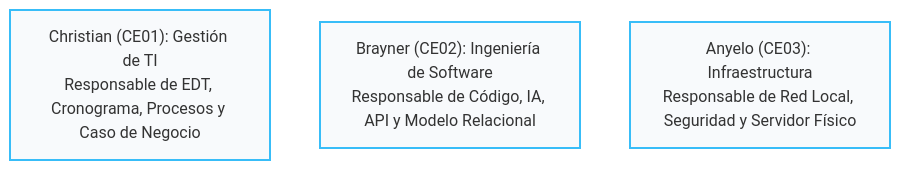
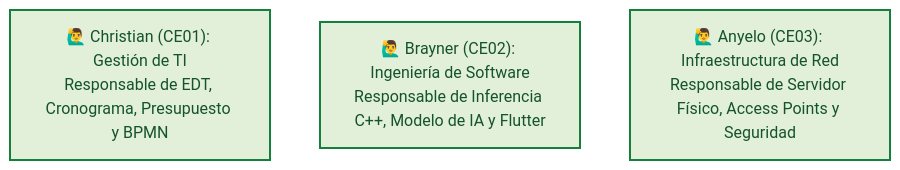
One commit to jhanslarico11/Perfil-de-Egreso changed the fourth of 5 diagrams in docs/ChristianRafaelMamaniCallata/entregable3.md. Above: the diagram before and after it, drawn with Mermaid. The commit also changed other lines of this file and 4 other files, not shown here.

Commit message:
Personalización visual y estilización de los diagramas Mermaid

````diff
--- a/docs/ChristianRafaelMamaniCallata/entregable3.md
+++ b/docs/ChristianRafaelMamaniCallata/entregable3.md
@@ -237,8 +243,8 @@
 ```mermaid
 graph TD
-    classDef roles fill:#f8fafc,stroke:#38bdf8,stroke-width:2px;
+    classDef role fill:#e2f0d9,stroke:#15803d,stroke-width:2px,color:#14532d;
 
-    R1["Christian (CE01): Gestión de TI<br>Responsable de EDT, Cronograma, Procesos y Caso de Negocio"]:::roles
-    R2["Brayner (CE02): Ingeniería de Software<br>Responsable de Código, IA, API y Modelo Relacional"]:::roles
-    R3["Anyelo (CE03): Infraestructura<br>Responsable de Red Local, Seguridad y Servidor Físico"]:::roles
+    R1["🙋‍♂️ Christian (CE01): Gestión de TI<br>Responsable de EDT, Cronograma, Presupuesto y BPMN"]:::role
+    R2["🙋‍♂️ Brayner (CE02): Ingeniería de Software<br>Responsable de Inferencia C++, Modelo de IA y Flutter"]:::role
+    R3["🙋‍♂️ Anyelo (CE03): Infraestructura de Red<br>Responsable de Servidor Físico, Access Points y Seguridad"]:::role
 ```
````
